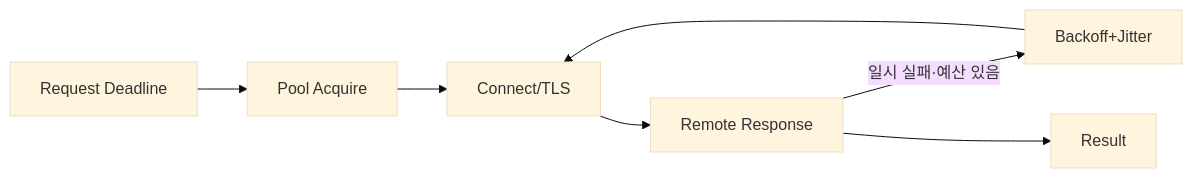
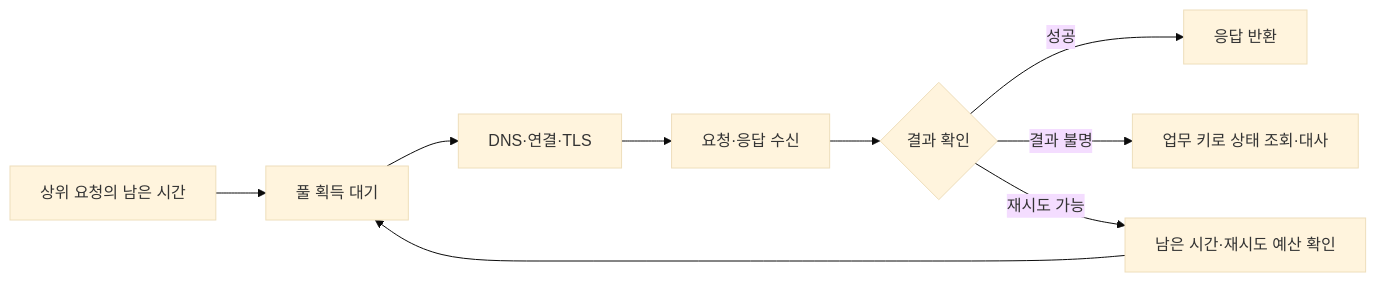
One commit to hyeongseoblim/systemdesign changed the diagram in apps/api/src/main/resources/content/backend-11-http-client-design.md. Above: the diagram before and after it, drawn with Mermaid (base theme). The commit also changed other lines of this file and 96 other files, not shown here.

````diff
--- a/apps/api/src/main/resources/content/backend-11-http-client-design.md
+++ b/apps/api/src/main/resources/content/backend-11-http-client-design.md
@@ -24,9 +33,11 @@
 ```mermaid
 flowchart LR
-    R[Request Deadline] --> Q[Pool Acquire]
-    Q --> C[Connect/TLS]
-    C --> H[Remote Response]
-    H -->|일시 실패·예산 있음| B[Backoff+Jitter]
-    B --> C
-    H --> O[Result]
+    A[상위 요청의 남은 시간] --> B[풀 획득 대기]
+    B --> C[DNS·연결·TLS]
+    C --> D[요청·응답 수신]
+    D --> E{결과 확인}
+    E -->|성공| F[응답 반환]
+    E -->|결과 불명| G[업무 키로 상태 조회·대사]
+    E -->|재시도 가능| H[남은 시간·재시도 예산 확인]
+    H --> B
 ```
````
